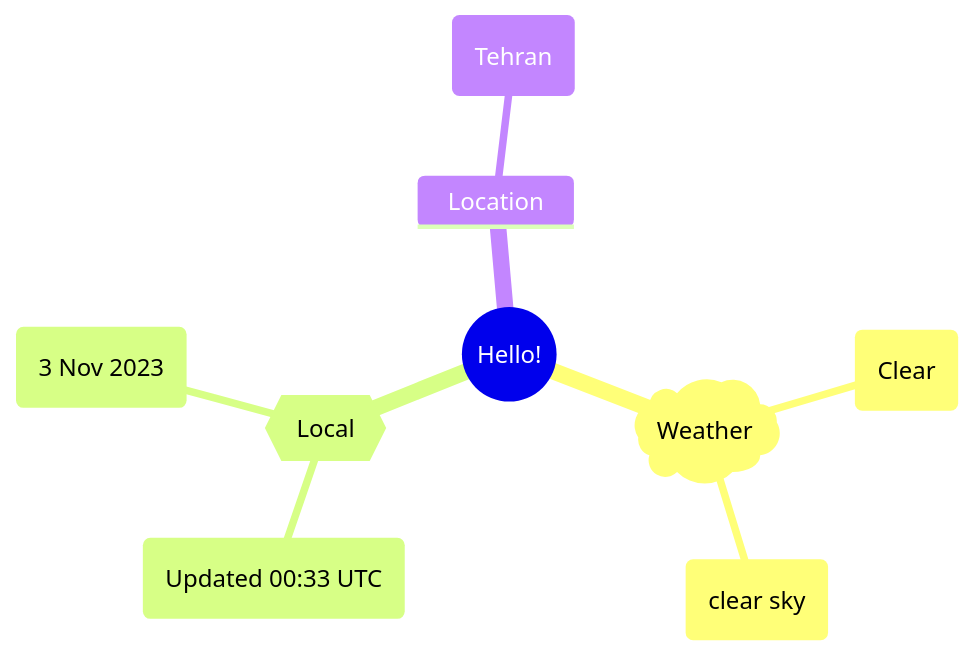
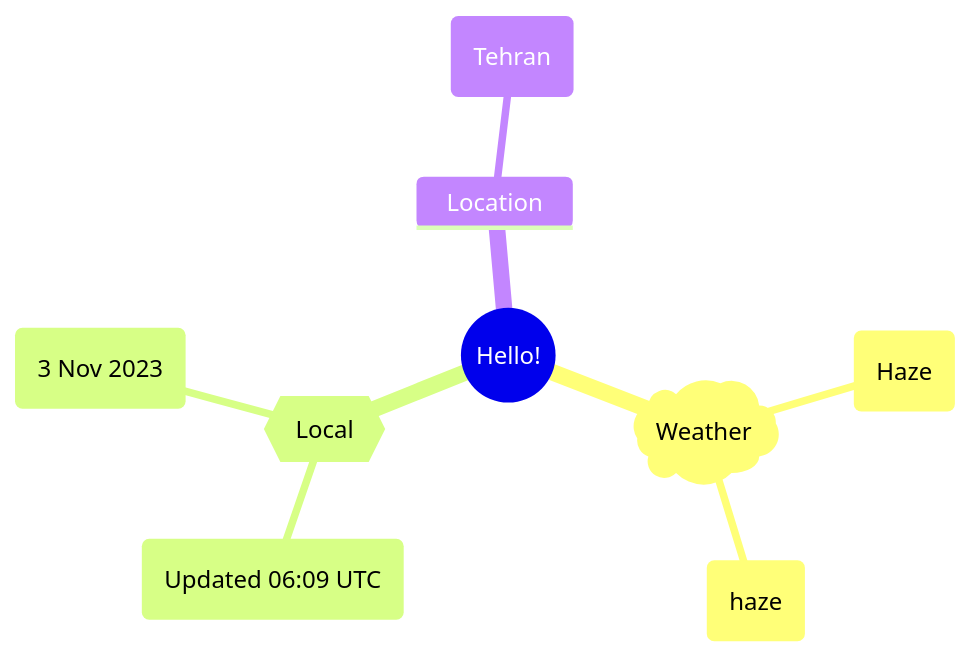
The first of 2 diagrams in README.md (Xosrov/Xosrov), drawn with Mermaid before and after one commit.

Commit message:
[bot] updated images

````diff
--- a/README.md
+++ b/README.md
@@ -3,12 +3,12 @@
 ```mermaid
 mindmap
   root((Hello!))
     )Weather(
-        (Clear)
-        (clear sky)
+        (Haze)
+        (haze)
     {{Local}}
-        (Updated 00:33 UTC)
+        (Updated 06:09 UTC)
         (3 Nov 2023)
     Location
         (Tehran)
 ```
````
